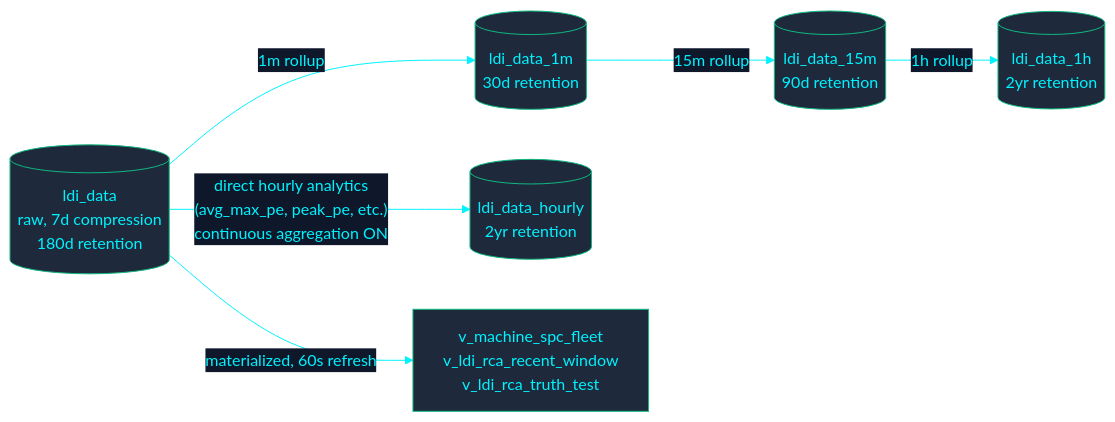
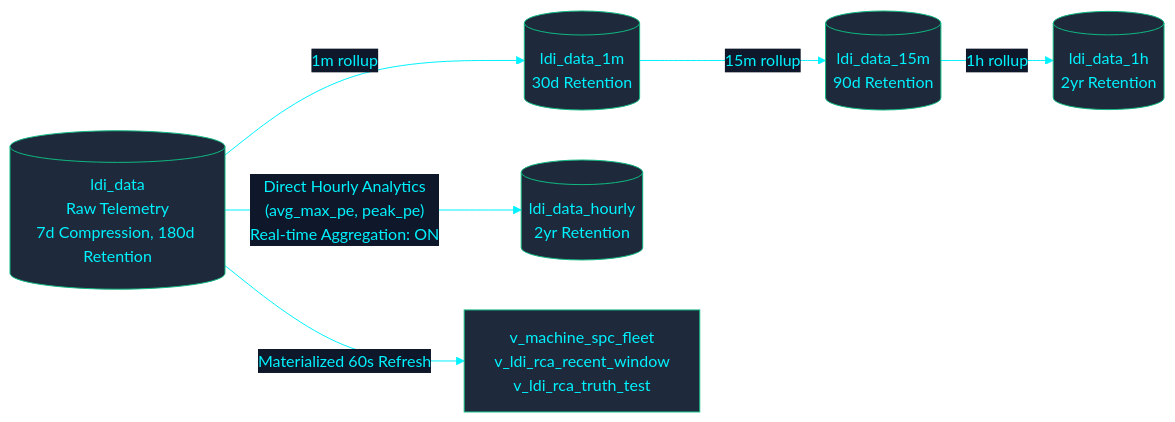
The second of 3 diagrams in docs/architecture/DATA_FLOW.md (PATTANAKORN025/IMS), drawn with Mermaid before and after one commit. The commit also changed other lines of this file and 29 other files, not shown here.

Commit message:
docs: elevate ADRs, data flow, DR playbooks, mock data, and update flag to Taiwan flag across en/th/zh-CN

````diff
--- a/docs/architecture/DATA_FLOW.md
+++ b/docs/architecture/DATA_FLOW.md
@@ -57,13 +172,23 @@
 ```mermaid
 %%{init: {'theme': 'base', 'themeVariables': { 'primaryColor': '#1e293b', 'primaryTextColor': '#00F2FE', 'primaryBorderColor': '#10B981', 'lineColor': '#00F2FE', 'secondaryColor': '#0f172a', 'tertiaryColor': '#0f172a', 'clusterBkg': '#030407', 'clusterBorder': '#00F2FE'}}}%%
 flowchart LR
- RAW[("ldi_data\nraw, 7d compression\n180d retention")]
+  RAW[("ldi_data
+Raw Telemetry
+7d Compression, 180d Retention")]
 
- RAW -->|"1m rollup"| M1[("ldi_data_1m\n30d retention")]
- M1 -->|"15m rollup"| M15[("ldi_data_15m\n90d retention")]
- M15 -->|"1h rollup"| M1H[("ldi_data_1h\n2yr retention")]
+  RAW -->|"1m rollup"| M1[("ldi_data_1m
+30d Retention")]
+  M1 -->|"15m rollup"| M15[("ldi_data_15m
+90d Retention")]
+  M15 -->|"1h rollup"| M1H[("ldi_data_1h
+2yr Retention")]
 
- RAW -->|"direct hourly analytics\n(avg_max_pe, peak_pe, etc.)\ncontinuous aggregation ON"| MHOURLY[("ldi_data_hourly\n2yr retention")]
+  RAW -->|"Direct Hourly Analytics
+(avg_max_pe, peak_pe)
+Real-time Aggregation: ON"| MHOURLY[("ldi_data_hourly
+2yr Retention")]
 
- RAW -->|"materialized, 60s refresh"| SPCVIEW["v_machine_spc_fleet\nv_ldi_rca_recent_window\nv_ldi_rca_truth_test"]
+  RAW -->|"Materialized 60s Refresh"| SPC["v_machine_spc_fleet
+v_ldi_rca_recent_window
+v_ldi_rca_truth_test"]
 ```
````
